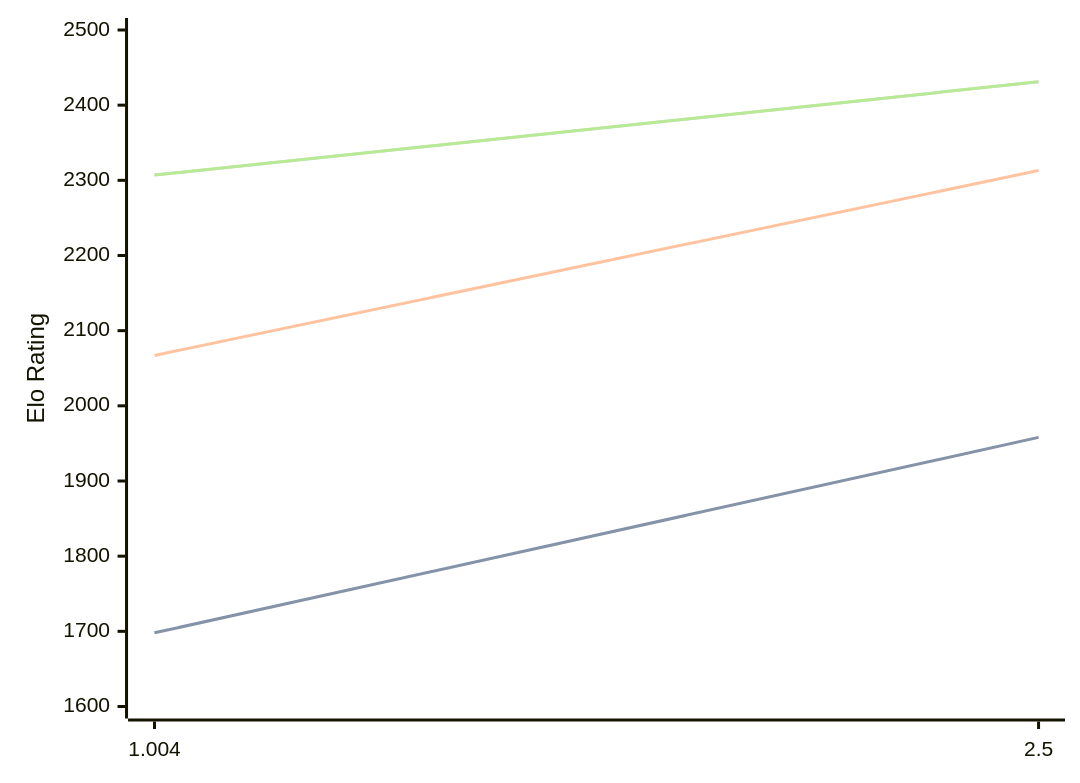
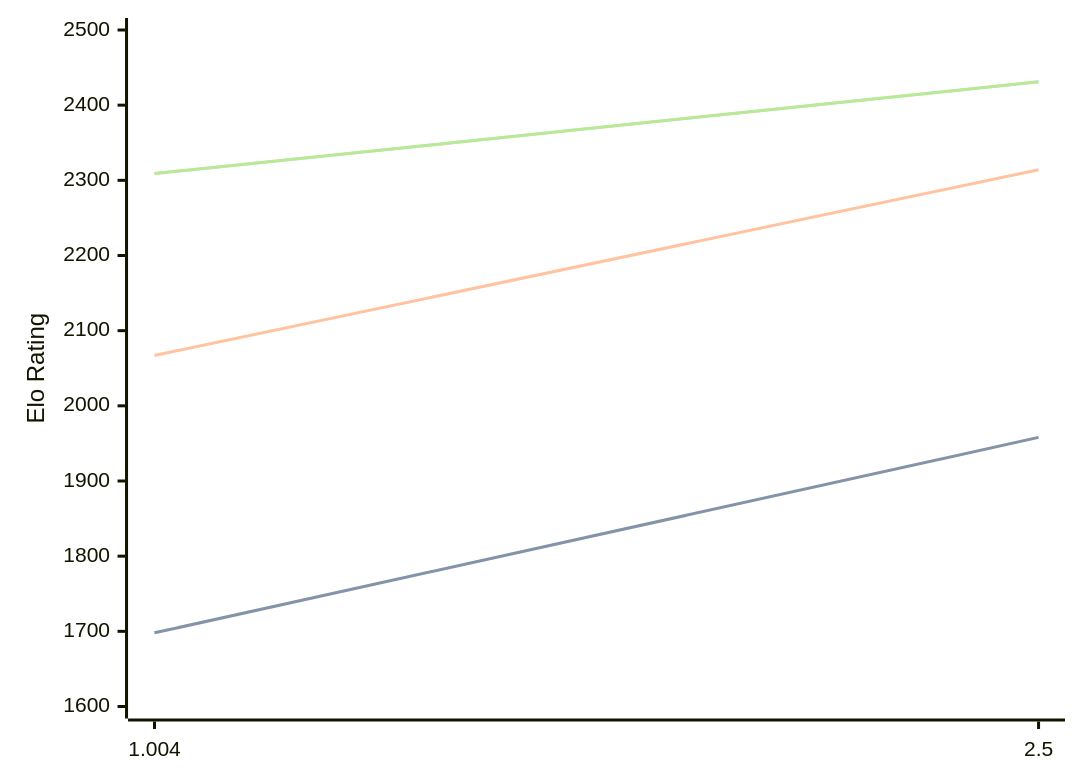
The first of 3 diagrams in engines/Ares.md (computer-chess-index/cci), drawn with Mermaid before and after one commit. The commit also changed other lines of this file, not shown here.

Commit message:
Update CCI Ratings (ELO VLTC) - 2026-06-20

````diff
--- a/engines/Ares.md
+++ b/engines/Ares.md
@@ -32,11 +32,11 @@
 ```mermaid
 %%{init: {"theme":"base","themeVariables":{"seriesColors:['#a3a3a3','#222221','#faa371']}}}%%
 xychart-beta
   x-axis ["1.004", "2.5"]
   y-axis "Elo Rating" 1600 --> 2500
   line "STC (8.0+0.08s)" [1698, 1958]
   line "STC (8.0+0.08s)" [1698, 1958]
-  line "LTC (60.0+0.60s)" [2067, 2313]
-  line "VLTC (2m24s+1.12s)" [2307, 2431]
-  line "VLTC (2m24s+1.12s)" [2307, 2431]
+  line "LTC (60.0+0.60s)" [2067, 2314]
+  line "VLTC (2m24s+1.12s)" [2309, 2431]
+  line "VLTC (2m24s+1.12s)" [2309, 2431]
 ```
````
